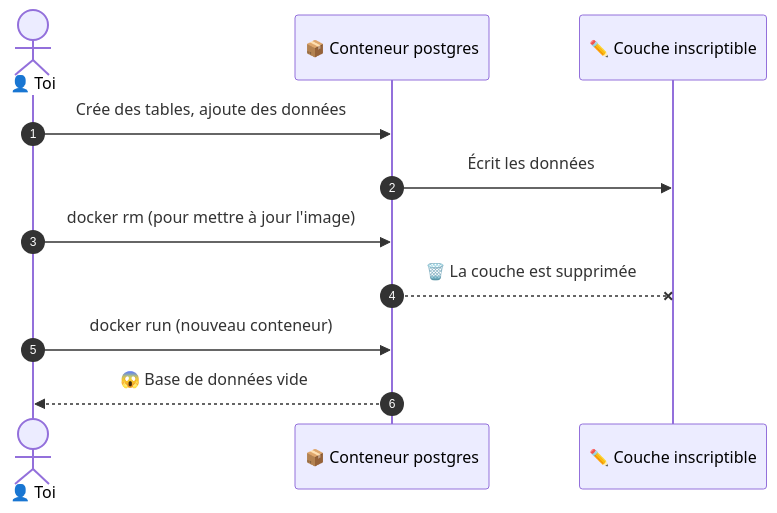
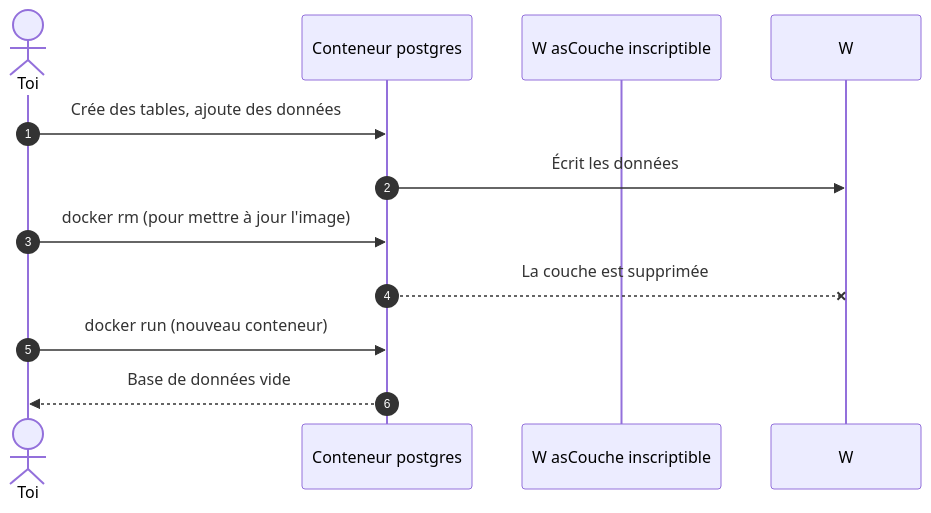
Before and after one commit to GoobyWoobies/HEIA-IT: the first of 4 diagrams in methodologie-securite-it/docker/06-volumes.md, drawn with Mermaid. The commit also changed other lines of this file and 24 other files, not shown here.

````diff
--- a/methodologie-securite-it/docker/06-volumes.md
+++ b/methodologie-securite-it/docker/06-volumes.md
@@ -30,14 +30,14 @@
 ```mermaid
 sequenceDiagram
     autonumber
-    actor U as 👤 Toi
-    participant C as 📦 Conteneur postgres
-    participant W as ✏️ Couche inscriptible
+    actor U as Toi
+    participant C as Conteneur postgres
+    participant W asCouche inscriptible
 
     U->>C: Crée des tables, ajoute des données
     C->>W: Écrit les données
     U->>C: docker rm (pour mettre à jour l'image)
-    C--xW: 🗑️ La couche est supprimée
+    C--xW:La couche est supprimée
     U->>C: docker run (nouveau conteneur)
-    C-->>U: 😱 Base de données vide
+    C-->>U: Base de données vide
 ```
````
